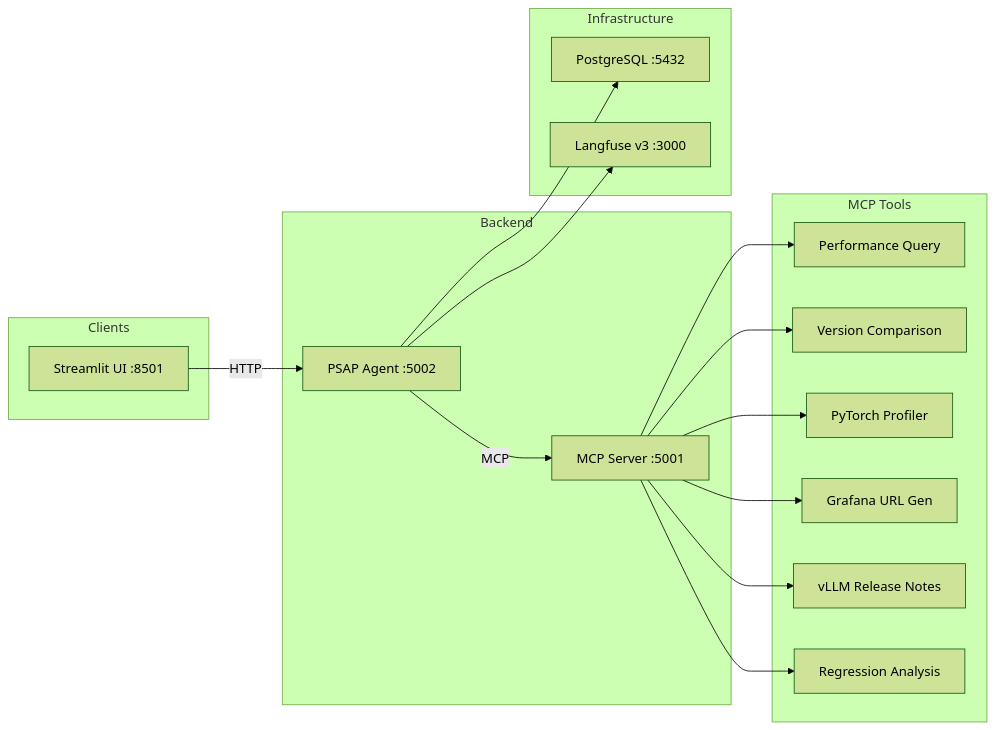
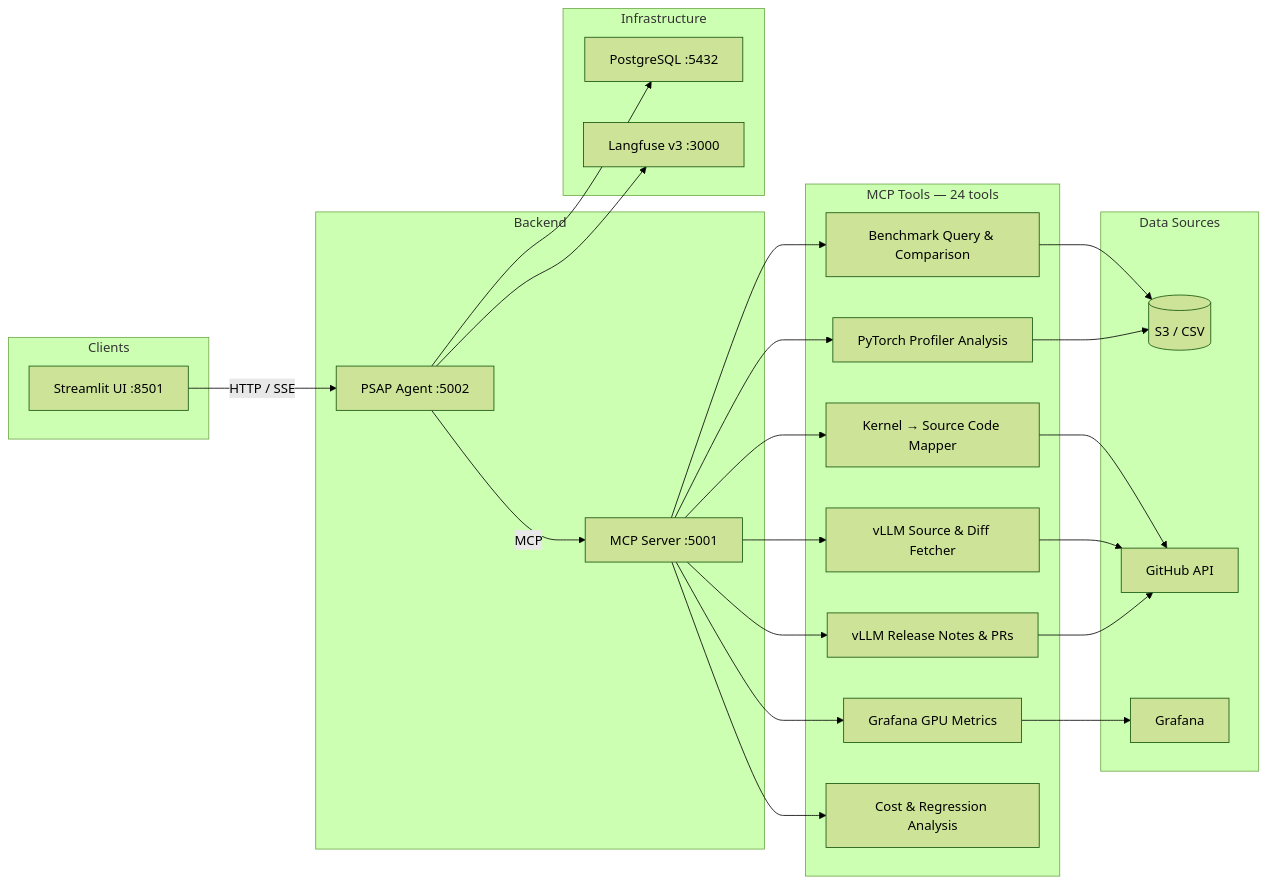
The diagram in README.md (openshift-psap/Performance-Analysis-Agent), drawn with Mermaid (forest theme) before and after one commit. The commit also changed other lines of this file, not shown here.

````diff
--- a/README.md
+++ b/README.md
@@ -7,36 +7,44 @@
 ```mermaid
 graph LR
     subgraph clients [Clients]
         ST[Streamlit UI :8501]
     end
 
     subgraph backend [Backend]
         AG[PSAP Agent :5002]
         MCP[MCP Server :5001]
     end
 
+    subgraph data [Data Sources]
+        S3[(S3 / CSV)]
+        GH[GitHub API]
+        GF[Grafana]
+    end
+
     subgraph infra [Infrastructure]
         PG[PostgreSQL :5432]
         LF[Langfuse v3 :3000]
     end
 
-    subgraph tools [MCP Tools]
-        T1[Performance Query]
-        T2[Version Comparison]
-        T3[PyTorch Profiler]
-        T4[Grafana URL Gen]
-        T5[vLLM Release Notes]
-        T6[Regression Analysis]
+    subgraph tools [MCP Tools — 24 tools]
+        T1[Benchmark Query & Comparison]
+        T2[PyTorch Profiler Analysis]
+        T3[Kernel → Source Code Mapper]
+        T4[vLLM Source & Diff Fetcher]
+        T5[vLLM Release Notes & PRs]
+        T6[Grafana GPU Metrics]
+        T7[Cost & Regression Analysis]
     end
 
-    ST -->|HTTP| AG
+    ST -->|HTTP / SSE| AG
     AG -->|MCP| MCP
     AG --> PG
     AG --> LF
-    MCP --> T1
-    MCP --> T2
-    MCP --> T3
-    MCP --> T4
-    MCP --> T5
-    MCP --> T6
+    MCP --> T1 & T2 & T3 & T4 & T5 & T6 & T7
+    T1 --> S3
+    T2 --> S3
+    T3 --> GH
+    T4 --> GH
+    T5 --> GH
+    T6 --> GF
 ```
````
